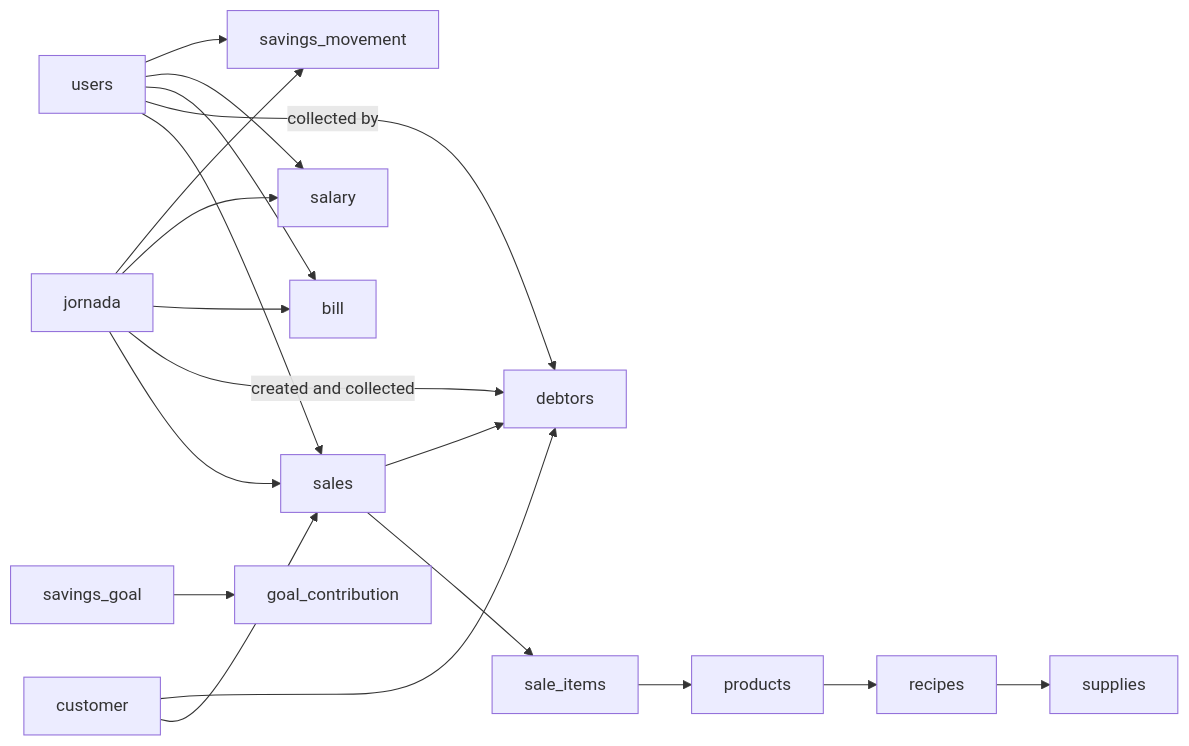
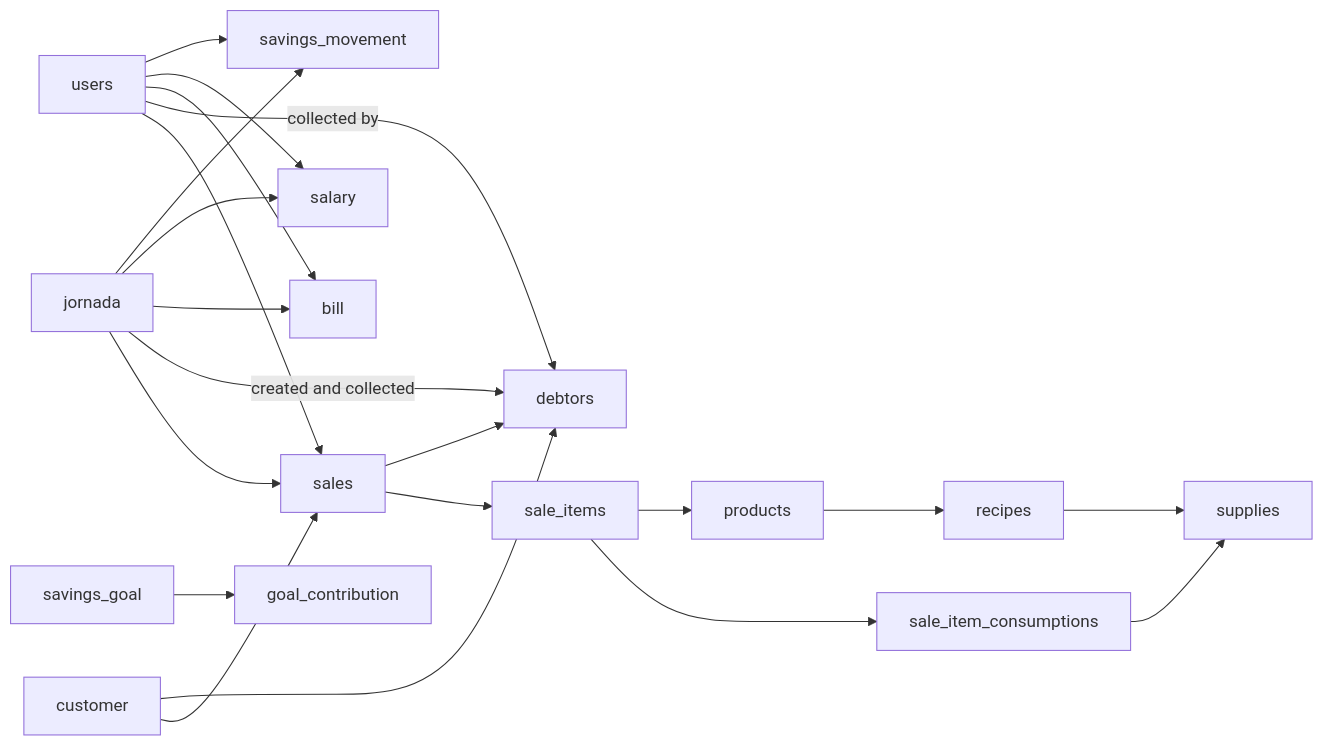
Before and after one commit to lm-vicente-j/comal-core: the second of 2 diagrams in ARCHITECTURE.md, drawn with Mermaid. The commit also changed other lines of this file and 28 other files, not shown here.

````diff
--- a/ARCHITECTURE.md
+++ b/ARCHITECTURE.md
@@ -67,21 +71,23 @@
 ```mermaid
 flowchart LR
     U[users] --> S[sales]
     J[jornada] --> S
     S --> I[sale_items]
+    I --> IC[sale_item_consumptions]
+    IC --> V[supplies]
     I --> P[products]
     P --> R[recipes]
     R --> V[supplies]
     C[customer] --> S
     S --> D[debtors]
     C --> D
     J -->|created and collected| D
     U -->|collected by| D
     U --> B[bill]
     J --> B
     U --> Y[salary]
     J --> Y
     U --> M[savings_movement]
     J --> M
     G[savings_goal] --> GC[goal_contribution]
 ```
````
